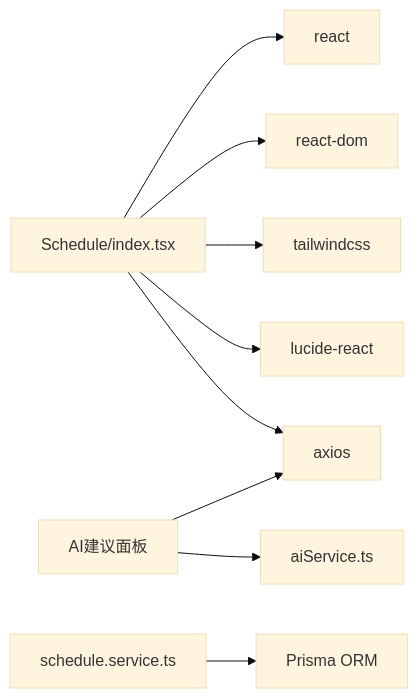
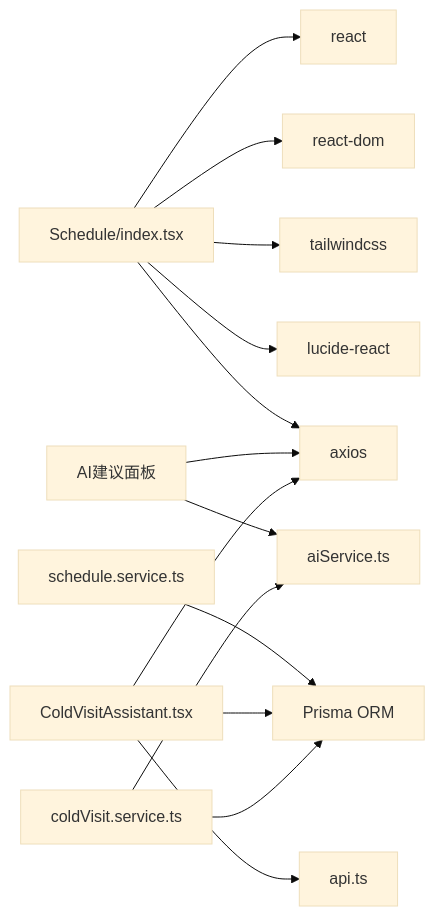
One commit to xianjianshenqu/SalesFlow-CRM changed diagram 11 of 11 in .qoder/repowiki/zh/content/核心组件/日程管理组件 (DailySchedule).md. Above: the diagram before and after it, drawn with Mermaid (base theme). The commit also changed other lines of this file and 9 other files, not shown here.

````diff
--- a/.qoder/repowiki/zh/content/核心组件/日程管理组件 (DailySchedule).md
+++ b/.qoder/repowiki/zh/content/核心组件/日程管理组件 (DailySchedule).md
@@ -329,11 +488,16 @@
 ```mermaid
 graph LR
 DS["Schedule/index.tsx"] --> R["react"]
 DS --> RD["react-dom"]
 DS --> TW["tailwindcss"]
 DS --> LC["lucide-react"]
 DS --> AX["axios"]
 AI["AI建议面板"] --> AIS["aiService.ts"]
 AI --> AX
 SVC["schedule.service.ts"] --> PRISMA["Prisma ORM"]
+CVA["ColdVisitAssistant.tsx"] --> API["api.ts"]
+CVA --> PRISMA
+CVA --> AX
+CVAI["coldVisit.service.ts"] --> PRISMA
+CVAI --> AIS
 ```
````
